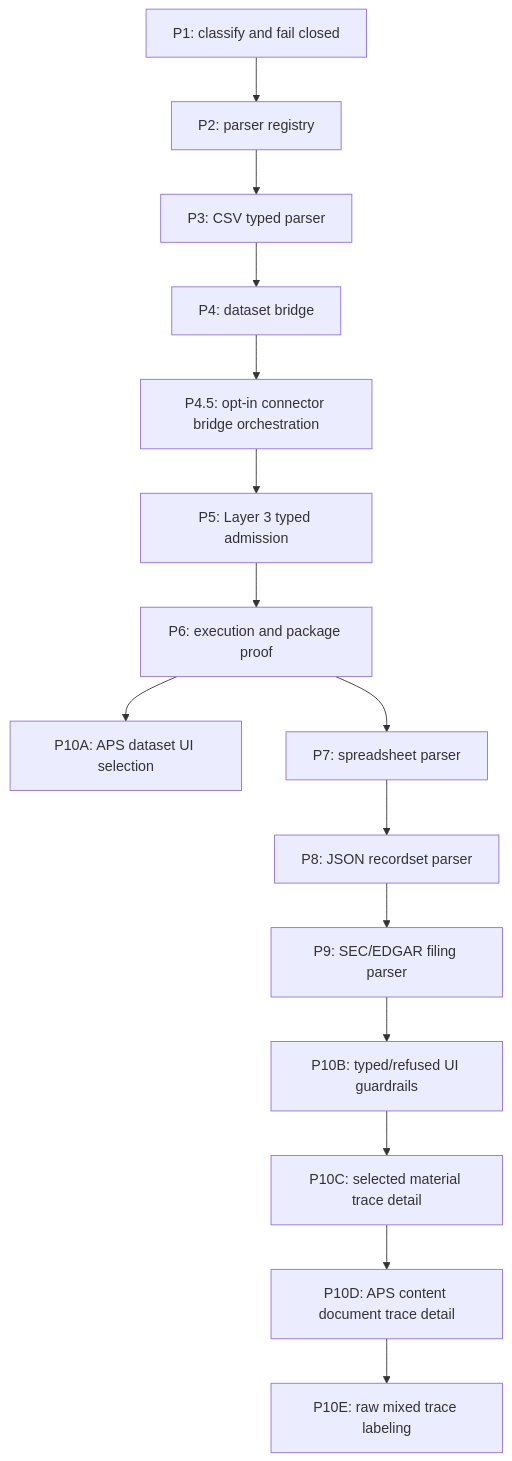
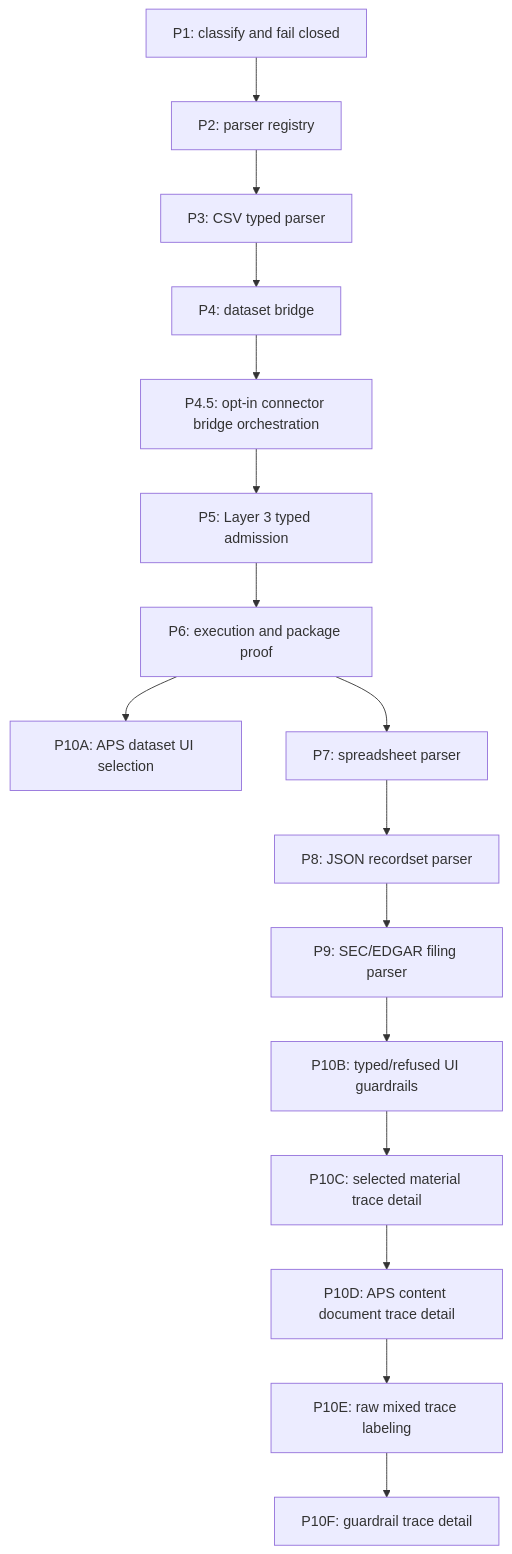
The diagram in next_milestone_plans/multi-ingest/03-implementation.md (benjmcd/project6_REPO_MCP_FOLDER), drawn with Mermaid before and after one commit. The commit also changed other lines of this file and 14 other files, not shown here.

````diff
--- a/next_milestone_plans/multi-ingest/03-implementation.md
+++ b/next_milestone_plans/multi-ingest/03-implementation.md
@@ -455,17 +457,18 @@
 ```mermaid
 flowchart TD
     A["P1: classify and fail closed"] --> B["P2: parser registry"]
     B --> C["P3: CSV typed parser"]
     C --> D["P4: dataset bridge"]
     D --> E["P4.5: opt-in connector bridge orchestration"]
     E --> F["P5: Layer 3 typed admission"]
     F --> G["P6: execution and package proof"]
     G --> H["P10A: APS dataset UI selection"]
     G --> I["P7: spreadsheet parser"]
     I --> J["P8: JSON recordset parser"]
     J --> K["P9: SEC/EDGAR filing parser"]
     K --> L["P10B: typed/refused UI guardrails"]
     L --> M["P10C: selected material trace detail"]
     M --> N["P10D: APS content document trace detail"]
     N --> O["P10E: raw mixed trace labeling"]
+    O --> P["P10F: guardrail trace detail"]
 ```
````
